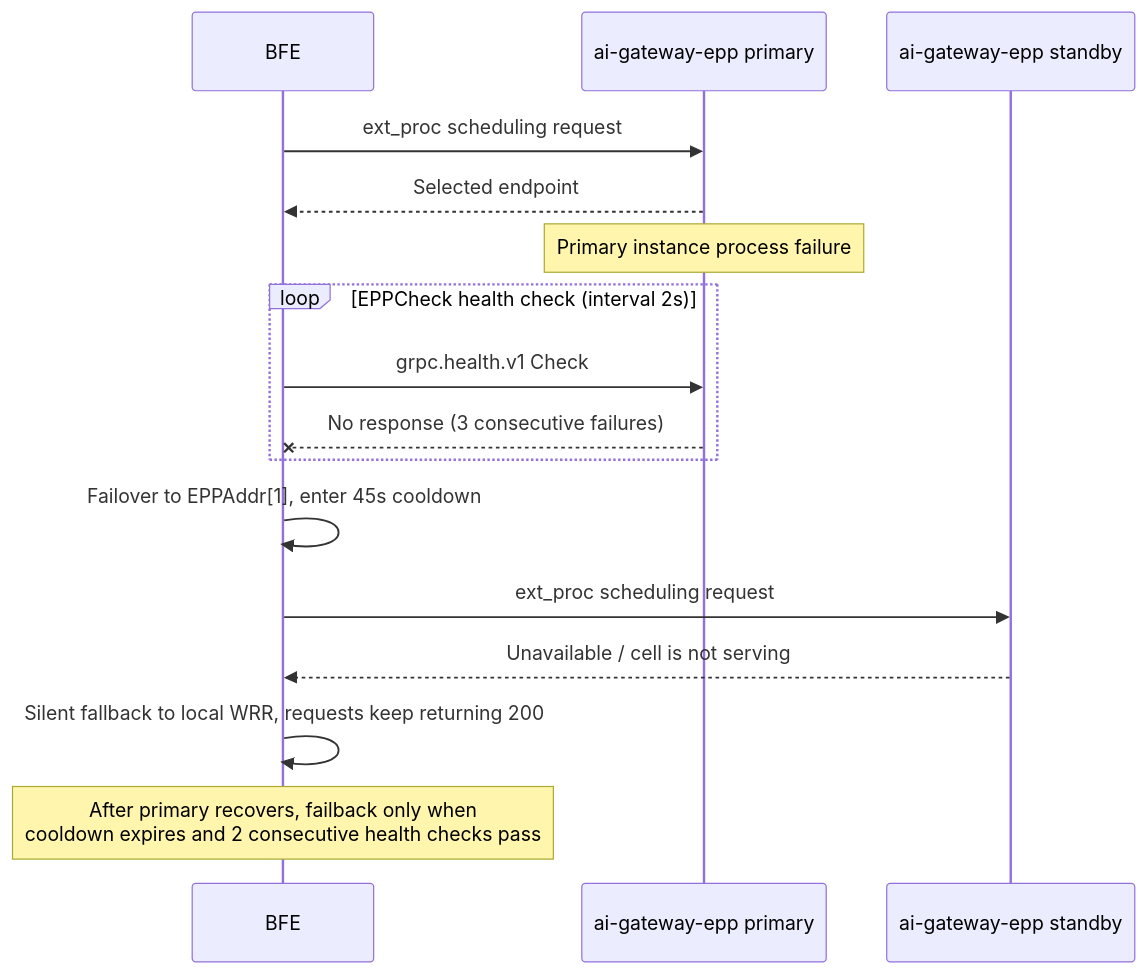
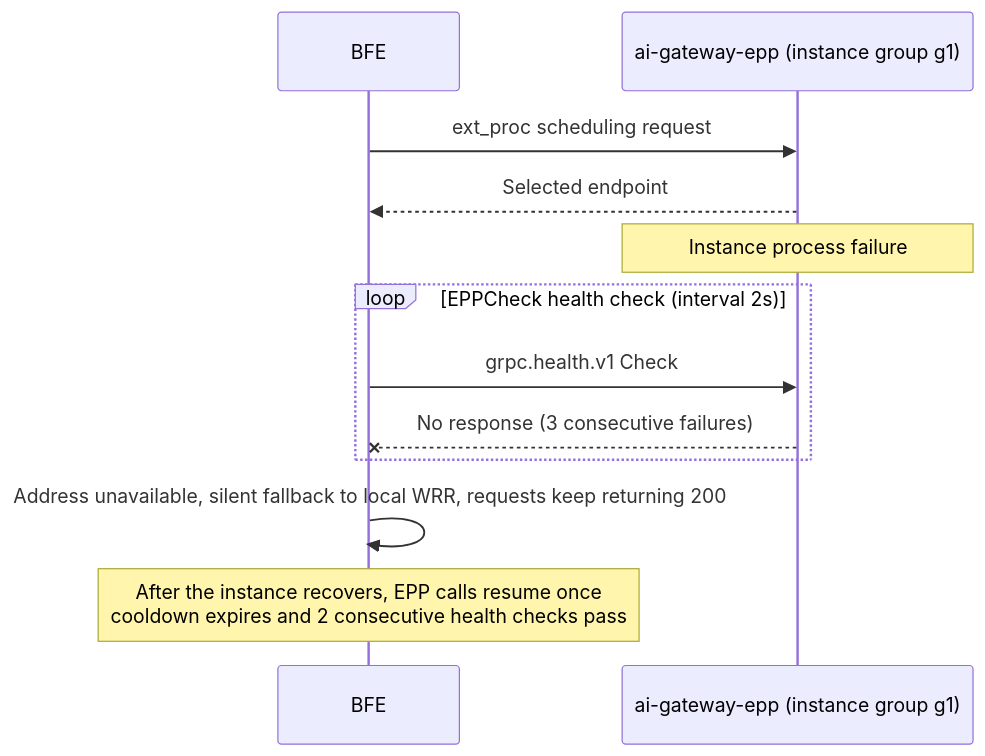
One commit to mileszhang2016/rainway-book changed the second of 2 diagrams in en_us/operation/chapter26-epp-scheduling-operation.md. Above: the diagram before and after it, drawn with Mermaid. The commit also changed other lines of this file and 78 other files, not shown here.

Commit message:
docs: 全书对齐 v0.8.0 最新组件版本（Dashboard v0.0.11、新增 ai-gateway-controller v1.1.0；补充角色体系、批量任务、批量限流、EPP 运行时参数、K8s 池发现与错误契约等）（中英双语）

````diff
--- a/en_us/operation/chapter26-epp-scheduling-operation.md
+++ b/en_us/operation/chapter26-epp-scheduling-operation.md
@@ -337,19 +348,15 @@
 ```mermaid
 sequenceDiagram
     participant BFE
-    participant E0 as ai-gateway-epp primary
-    participant E1 as ai-gateway-epp standby
+    participant E0 as ai-gateway-epp (instance group g1)
 
     BFE->>E0: ext_proc scheduling request
     E0-->>BFE: Selected endpoint
-    Note over E0: Primary instance process failure
+    Note over E0: Instance process failure
     loop EPPCheck health check (interval 2s)
         BFE->>E0: grpc.health.v1 Check
         E0--xBFE: No response (3 consecutive failures)
     end
-    BFE->>BFE: Failover to EPPAddr[1], enter 45s cooldown
-    BFE->>E1: ext_proc scheduling request
-    E1-->>BFE: Unavailable / cell is not serving
-    BFE->>BFE: Silent fallback to local WRR, requests keep returning 200
-    Note over BFE: After primary recovers, failback only when<br/>cooldown expires and 2 consecutive health checks pass
+    BFE->>BFE: Address unavailable, silent fallback to local WRR, requests keep returning 200
+    Note over BFE: After the instance recovers, EPP calls resume once<br/>cooldown expires and 2 consecutive health checks pass
 ```
````
